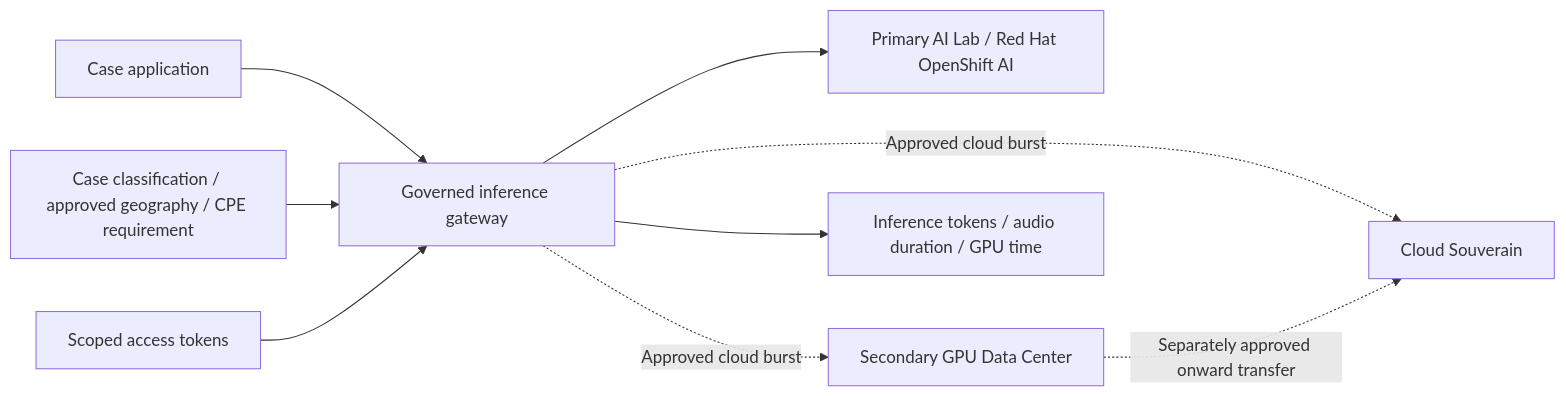
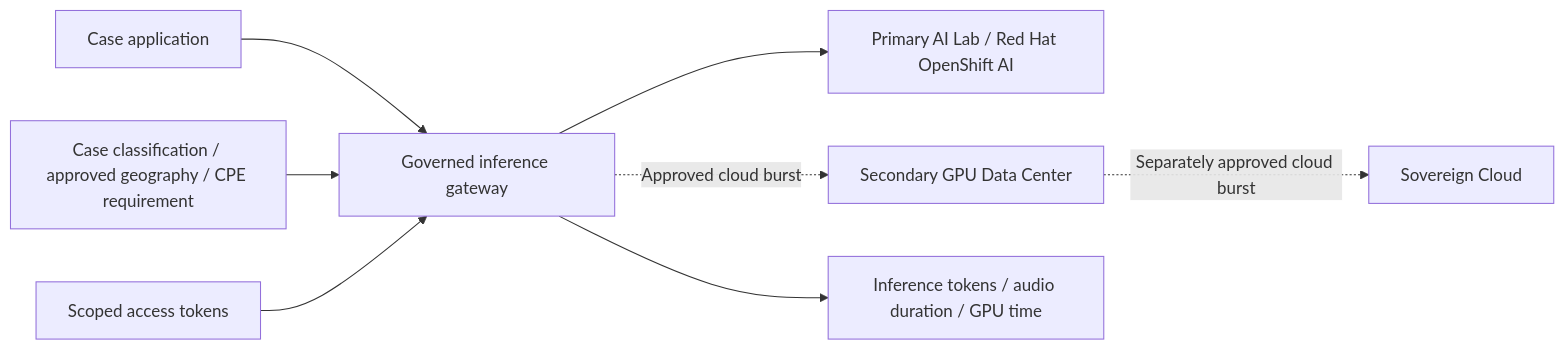
One commit to yves-schillings/multimodal-ai-lab changed the second of 2 diagrams in docs/architecture.md. Above: the diagram before and after it, drawn with Mermaid. The commit also changed other lines of this file and 25 other files, not shown here.

````diff
--- a/docs/architecture.md
+++ b/docs/architecture.md
@@ -52,11 +52,10 @@
 ```mermaid
 flowchart LR
   App[Case application] --> Gateway[Governed inference gateway]
   Policy[Case classification / approved geography / CPE requirement] --> Gateway
   Identity[Scoped access tokens] --> Gateway
   Gateway --> Primary[Primary AI Lab / Red Hat OpenShift AI]
   Gateway -. Approved cloud burst .-> Secondary[Secondary GPU Data Center]
-  Gateway -. Approved cloud burst .-> Sovereign[Cloud Souverain]
-  Secondary -. Separately approved onward transfer .-> Sovereign
+  Secondary -. Separately approved cloud burst .-> Sovereign[Sovereign Cloud]
   Gateway --> Meter[Inference tokens / audio duration / GPU time]
 ```
````
